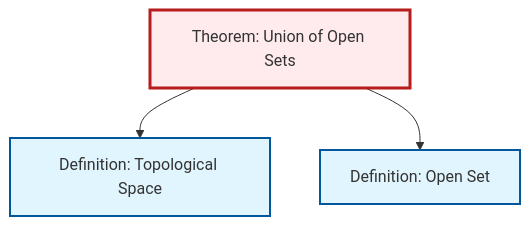
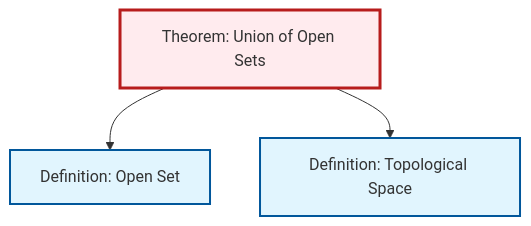
Before and after one commit to RK0429/ModernMath: the diagram in content/ja/topology/thm-union-open-sets.qmd, drawn with Mermaid. The commit also changed other lines of this file and 434 other files, not shown here.

````diff
--- a/content/ja/topology/thm-union-open-sets.qmd
+++ b/content/ja/topology/thm-union-open-sets.qmd
@@ -61,17 +61,17 @@
 ```{mermaid}
 %%| fig-cap: "Local dependency graph"
 graph TD
     classDef definition fill:#e1f5fe,stroke:#01579b,stroke-width:2px
     classDef theorem fill:#f3e5f5,stroke:#4a148c,stroke-width:2px
     classDef axiom fill:#fff3e0,stroke:#e65100,stroke-width:2px
     classDef example fill:#e8f5e9,stroke:#1b5e20,stroke-width:2px
     classDef current fill:#ffebee,stroke:#b71c1c,stroke-width:3px
     def-topological-space["Definition: Topological Space"]:::definition
     thm-union-open-sets["Theorem: Union of Open Sets"]:::theorem
     def-open-set["Definition: Open Set"]:::definition
+    thm-union-open-sets --> def-open-set
     thm-union-open-sets --> def-topological-space
-    thm-union-open-sets --> def-open-set
     class thm-union-open-sets current
     click def-topological-space "def-topological-space.html" "Definition: Topological Spaceへ"
     click def-open-set "def-open-set.html" "Definition: Open Setへ"
 ```
````
